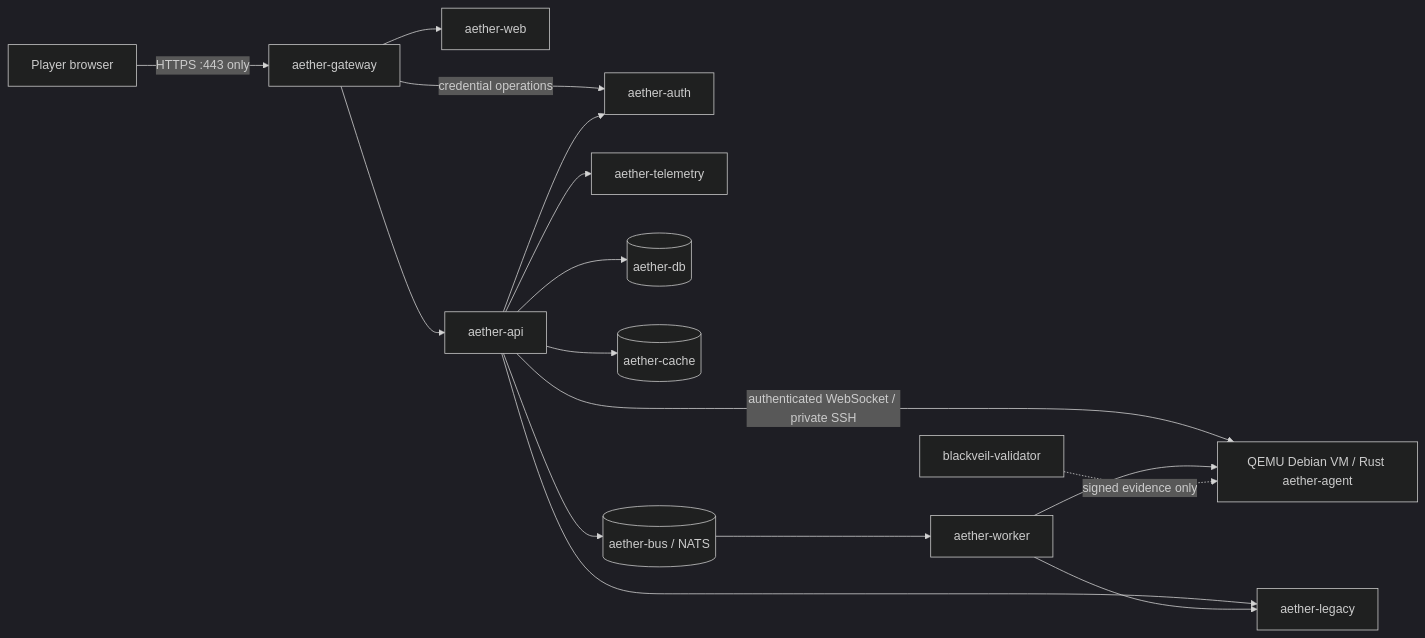
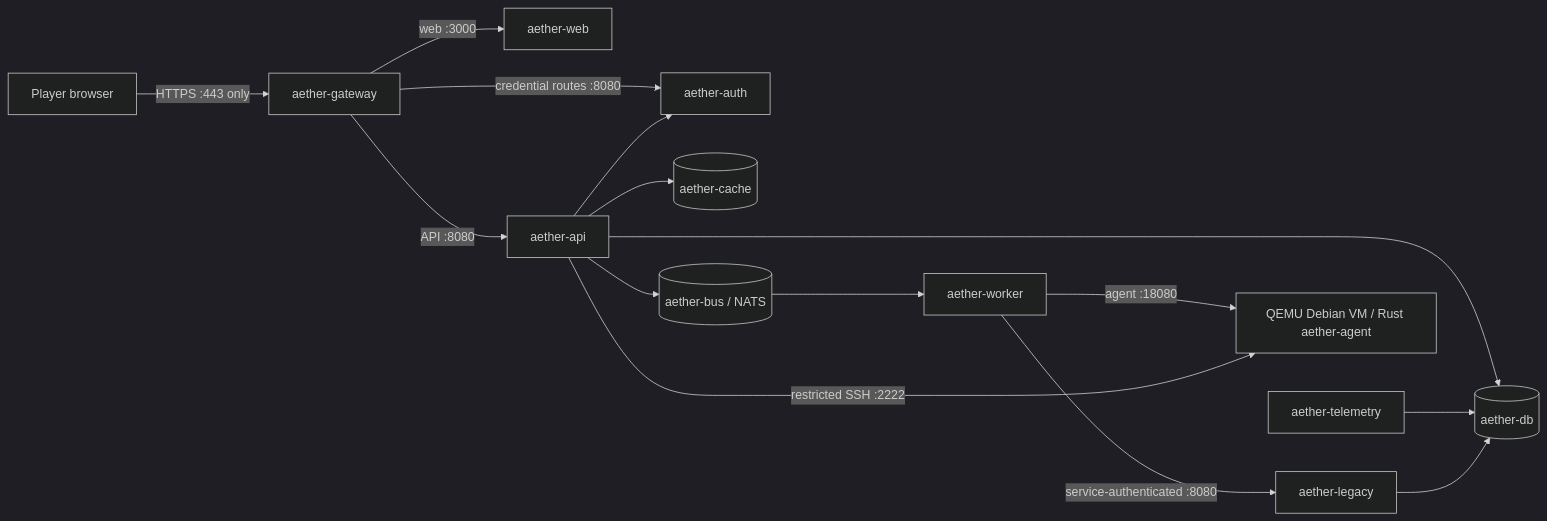
One commit to Loic-ally/Blackveil changed the diagram in blackveil/docs/architecture/network.md. Above: the diagram before and after it, drawn with Mermaid (dark theme). The commit also changed other lines of this file and 1 other file, not shown here.

Commit message:
docs(blackveil): align network map and CI coverage

````diff
--- a/blackveil/docs/architecture/network.md
+++ b/blackveil/docs/architecture/network.md
@@ -5,18 +5,17 @@
 ```mermaid
 flowchart LR
     P[Player browser] -->|HTTPS :443 only| G[aether-gateway]
-    G --> W[aether-web]
-    G --> A[aether-api]
-    G -->|credential operations| AU[aether-auth]
-    A -->|authenticated WebSocket / private SSH| VM[QEMU Debian VM]
+    G -->|web :3000| W[aether-web]
+    G -->|API :8080| A[aether-api]
+    G -->|credential routes :8080| AU[aether-auth]
     A --> AU[aether-auth]
-    A --> L[aether-legacy]
-    A --> T[aether-telemetry]
     A --> PG[(aether-db)]
     A --> R[(aether-cache)]
     A --> N[(aether-bus / NATS)]
     N --> WK[aether-worker]
-    WK --> L
-    WK --> VM[QEMU Debian VM / Rust aether-agent]
-    V[blackveil-validator] -. signed evidence only .-> VM
+    WK -->|service-authenticated :8080| L[aether-legacy]
+    WK -->|agent :18080| VM[QEMU Debian VM / Rust aether-agent]
+    A -->|restricted SSH :2222| VM
+    T[aether-telemetry] --> PG
+    L --> PG
 ```
````
